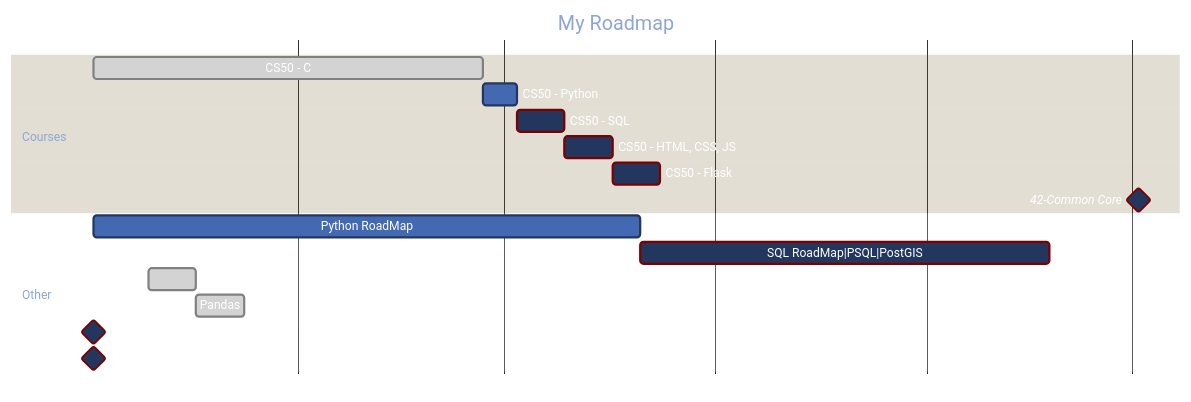
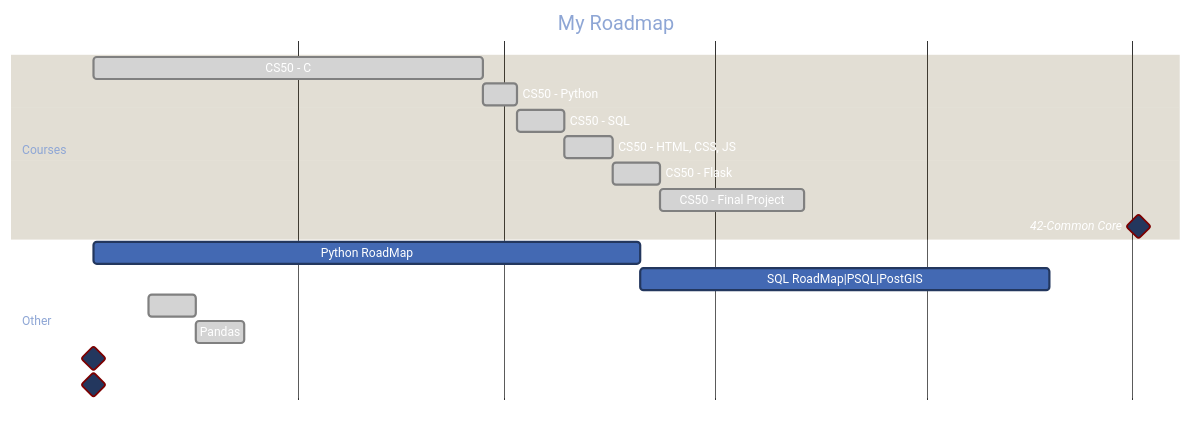
Before and after one commit to see7e/programming-studies: the diagram in README.md, drawn with Mermaid. The commit also changed other lines of this file and 4 other files, not shown here.

````diff
--- a/README.md
+++ b/README.md
@@ -76,33 +41,34 @@
 ```mermaid
 %%{
   init: {
     'theme': 'base',
     'themeVariables': {
       'primaryColor': '#23375E',
       'primaryTextColor': '#FFF',
       'primaryBorderColor': '#7C0000',
       'lineColor': '#F8B229'
     }
   }
 }%%
 
 gantt
 	title My Roadmap
     dateFormat  DD-MM-YYYY
 
     section Courses
     CS50 - C                    :done, c1, 02-05-2023, 28-06-2023
-    CS50 - Python               :active, c2, after c1, 03-07-2023
-    CS50 - SQL                  :c3, after c2, 7d
-    CS50 - HTML, CSS, JS        :c4, after c3, 7d
-    CS50 - Flask                :c5, after c4, 7d
+    CS50 - Python               :done, c2, after c1, 03-07-2023
+    CS50 - SQL                  :done, c3, after c2, 7d
+    CS50 - HTML, CSS, JS        :done, c4, after c3, 7d
+    CS50 - Flask                :done, c5, after c4, 7d
+    CS50 - Final Project        :done, c6, after c5, 14-08-2023
     42-Common Core              :milestone, 42, 02-10-2023, 0d
 
     section Other
     Python RoadMap              :active, a1, 02-05-2023, 80d
-    SQL RoadMap|PSQL|PostGIS    :after a1, 60d
+    SQL RoadMap|PSQL|PostGIS    :active, after a1, 60d
     OpenPyXL                    :done, a5, 10-05-2023, 7d 
     Pandas                      :done, after a5, 7d
     PowerBI (not started)       :milestone, 02-05-2023, 0d
     PowerApps (not started)     :milestone, 0d
 ```
````
